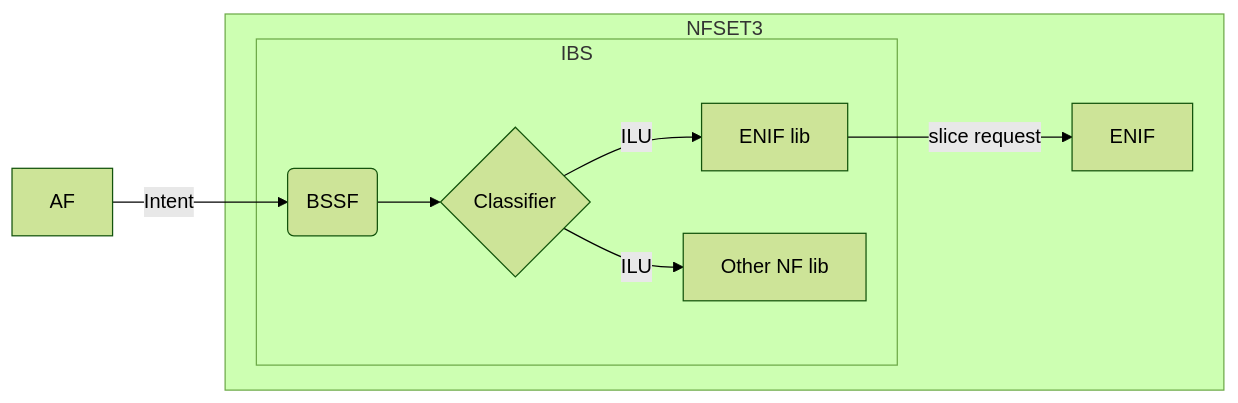
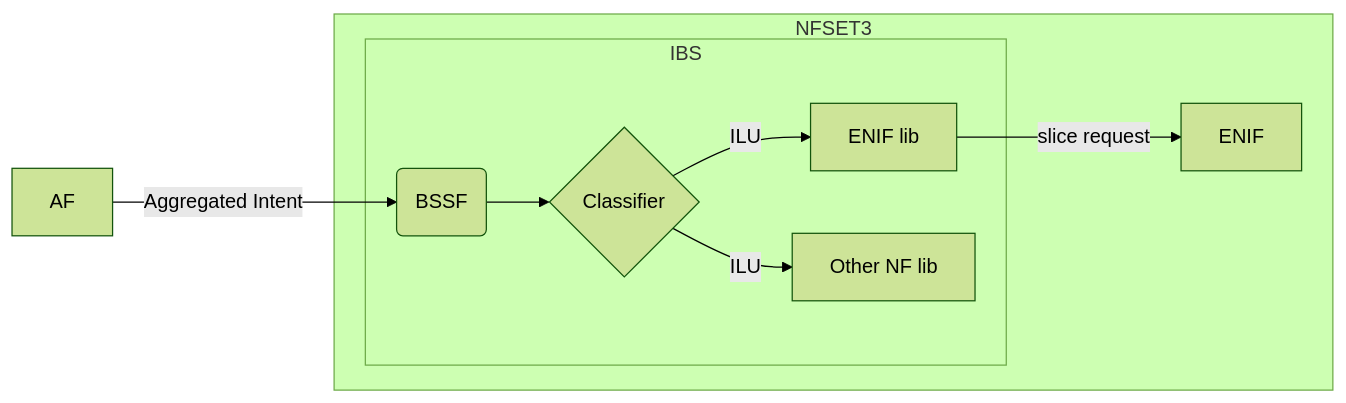
Before and after one commit to Telefonica/intent_engine: the diagram in README.md, drawn with Mermaid (forest theme). The commit also changed other lines of this file, not shown here.

````diff
--- a/README.md
+++ b/README.md
@@ -104,14 +104,14 @@
 ```mermaid
 flowchart LR
 
-A[AF] -->|Intent| B(BSSF)
+A[AF] -->|Aggregated Intent| B(BSSF)
 
 subgraph NFSET3
 subgraph IBS
 B --> C{Classifier}
 	C -->|ILU| D[ENIF lib]
 	C -->|ILU| E[Other NF lib]
 end
 D -->|slice request| F[ENIF]
 end
 ```
````
